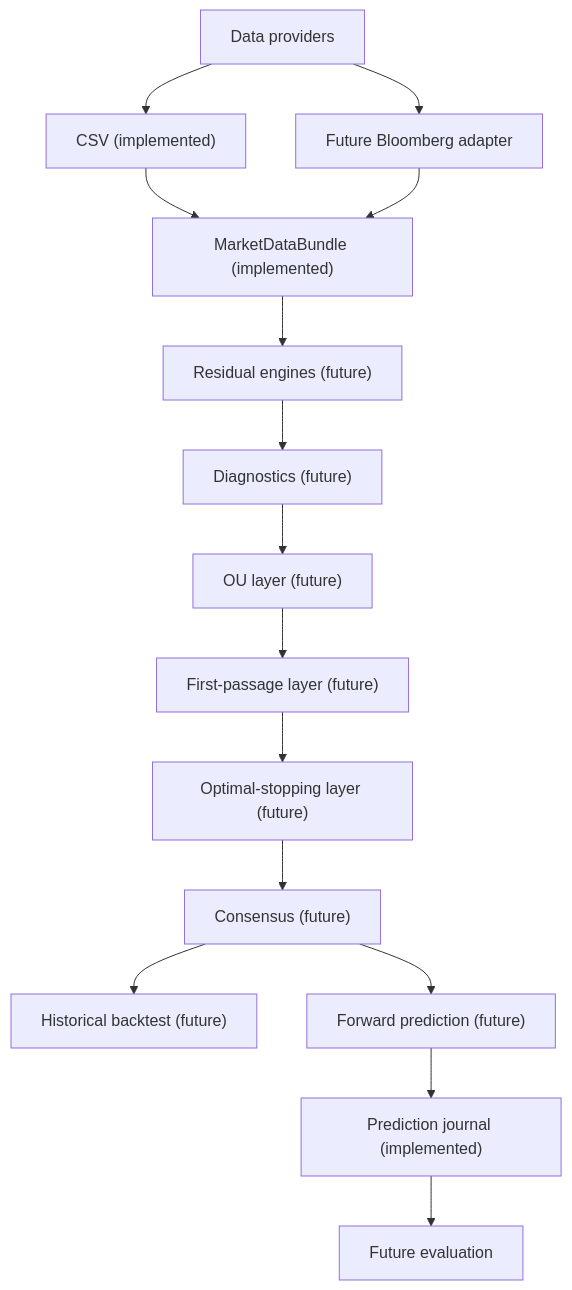
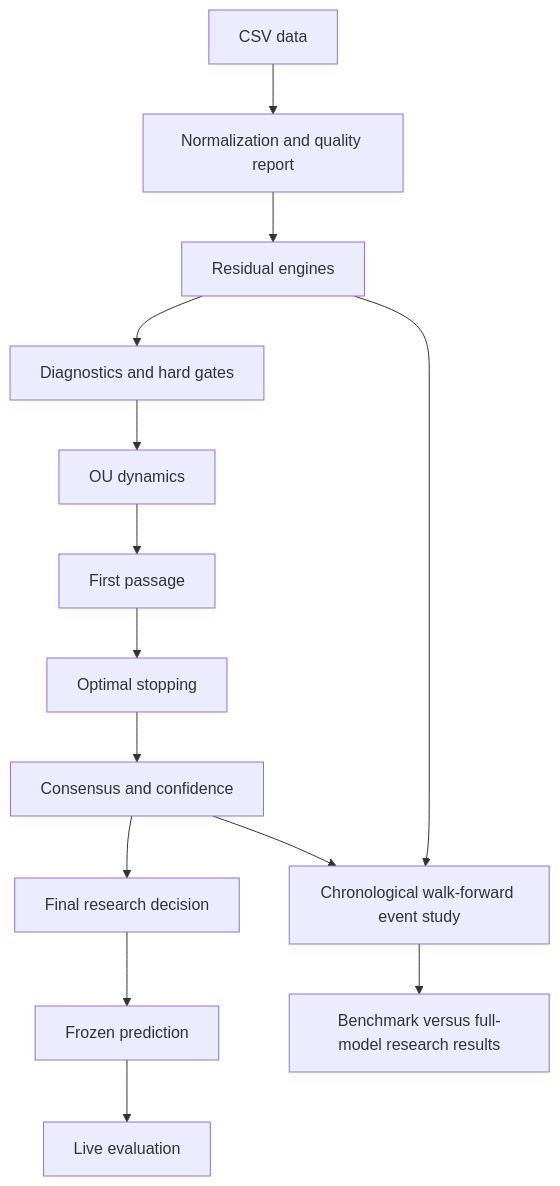
One commit to crazyscientist11/mean-reversion-research-engine changed the diagram in docs/ARCHITECTURE.md. Above: the diagram before and after it, drawn with Mermaid. The commit also changed other lines of this file and 8 other files, not shown here.

````diff
--- a/docs/ARCHITECTURE.md
+++ b/docs/ARCHITECTURE.md
@@ -3,11 +3,10 @@
 ```mermaid
 flowchart TD
-  P["Data providers"] --> C["CSV (implemented)"]
-  P --> B["Future Bloomberg adapter"]
-  C --> M["MarketDataBundle (implemented)"]
-  B --> M
-  M --> R["Residual engines (future)"] --> D["Diagnostics (future)"] --> O["OU layer (future)"]
-  O --> F["First-passage layer (future)"] --> S["Optimal-stopping layer (future)"] --> K["Consensus (future)"]
-  K --> H["Historical backtest (future)"]
-  K --> FP["Forward prediction (future)"] --> J["Prediction journal (implemented)"] --> E["Future evaluation"]
+  D["CSV data"] --> N["Normalization and quality report"] --> R["Residual engines"]
+  R --> G["Diagnostics and hard gates"] --> O["OU dynamics"]
+  O --> F["First passage"] --> S["Optimal stopping"] --> C["Consensus and confidence"]
+  C --> FD["Final research decision"] --> FP["Frozen prediction"] --> LE["Live evaluation"]
+  R --> WF["Chronological walk-forward event study"]
+  C --> WF
+  WF --> BR["Benchmark versus full-model research results"]
 ```
````
